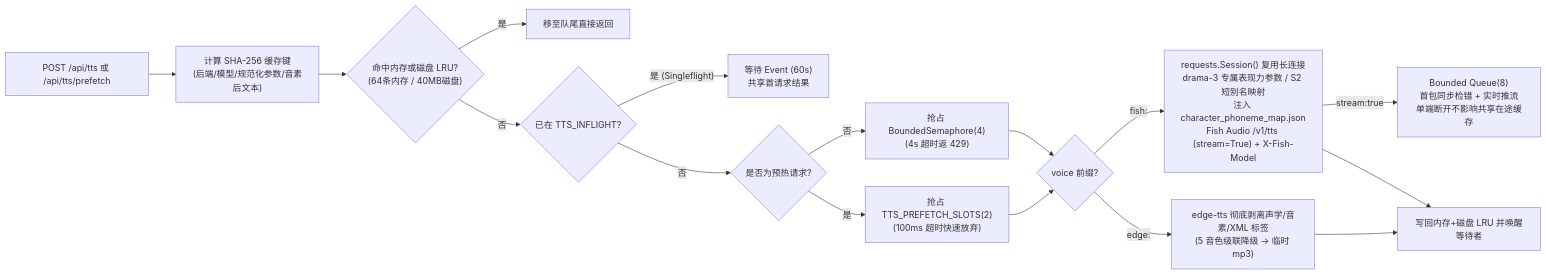
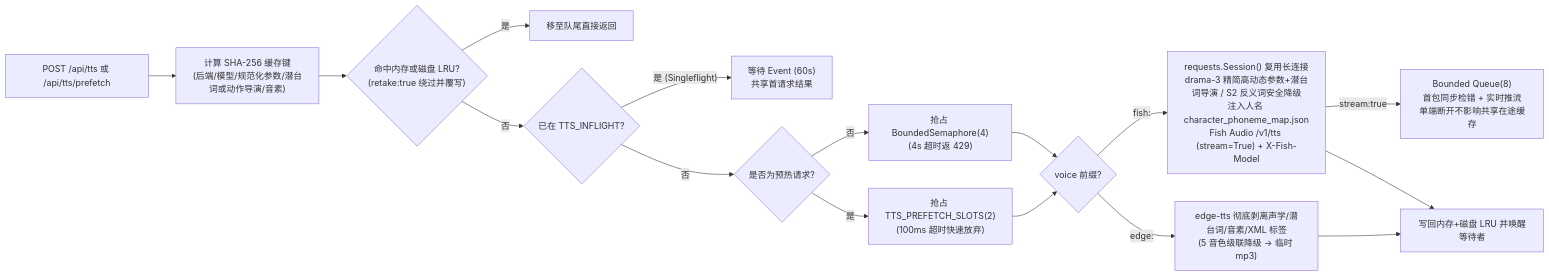
The diagram in 开发者功能/开发者说明/05_前端剧场与语音引擎架构.md (yimisunan/huan-yi), drawn with Mermaid before and after one commit. The commit also changed other lines of this file and 29 other files, not shown here.

````diff
--- a/开发者功能/开发者说明/05_前端剧场与语音引擎架构.md
+++ b/开发者功能/开发者说明/05_前端剧场与语音引擎架构.md
@@ -113,18 +113,18 @@
 ```mermaid
 flowchart LR
-    REQ["POST /api/tts 或 /api/tts/prefetch"] --> KEY["计算 SHA-256 缓存键\n(后端/模型/规范化参数/音素后文本)"]
-    KEY --> HIT{"命中内存或磁盘 LRU?\n(64条内存 / 40MB磁盘)"}
+    REQ["POST /api/tts 或 /api/tts/prefetch"] --> KEY["计算 SHA-256 缓存键\n(后端/模型/规范化参数/潜台词或动作导演/音素)"]
+    KEY --> HIT{"命中内存或磁盘 LRU?\n(retake:true 绕过并覆写)"}
     HIT -->|"是"| RET["移至队尾直接返回"]
     HIT -->|"否"| INF{"已在 TTS_INFLIGHT?"}
     INF -->|"是 (Singleflight)"| WAIT["等待 Event (60s)\n共享首请求结果"]
     INF -->|"否"| PRE{"是否为预热请求?"}
     PRE -->|"是"| PRESLOT["抢占 TTS_PREFETCH_SLOTS(2)\n(100ms 超时快速放弃)"]
     PRE -->|"否"| SLOT["抢占 BoundedSemaphore(4)\n(4s 超时返 429)"]
     SLOT --> BACK{"voice 前缀?"}
     PRESLOT --> BACK
-    BACK -->|"fish:"| FISH["requests.Session() 复用长连接\ndrama-3 专属表现力参数 / S2 短别名映射\n注入 character_phoneme_map.json\nFish Audio /v1/tts (stream=True) + X-Fish-Model"]
-    BACK -->|"edge:"| EDGE["edge-tts 彻底剥离声学/音素/XML 标签\n(5 音色级联降级 → 临时 mp3)"]
+    BACK -->|"fish:"| FISH["requests.Session() 复用长连接\ndrama-3 精简高动态参数+潜台词导演 / S2 反义词安全降级\n注入人名 character_phoneme_map.json\nFish Audio /v1/tts (stream=True) + X-Fish-Model"]
+    BACK -->|"edge:"| EDGE["edge-tts 彻底剥离声学/潜台词/音素/XML 标签\n(5 音色级联降级 → 临时 mp3)"]
     FISH -->|"stream:true"| QUEUE["Bounded Queue(8)\n首包同步检错 + 实时推流\n单端断开不影响共享在途缓存"]
     FISH --> CACHE["写回内存+磁盘 LRU 并唤醒等待者"]
     EDGE --> CACHE
 ```
````
